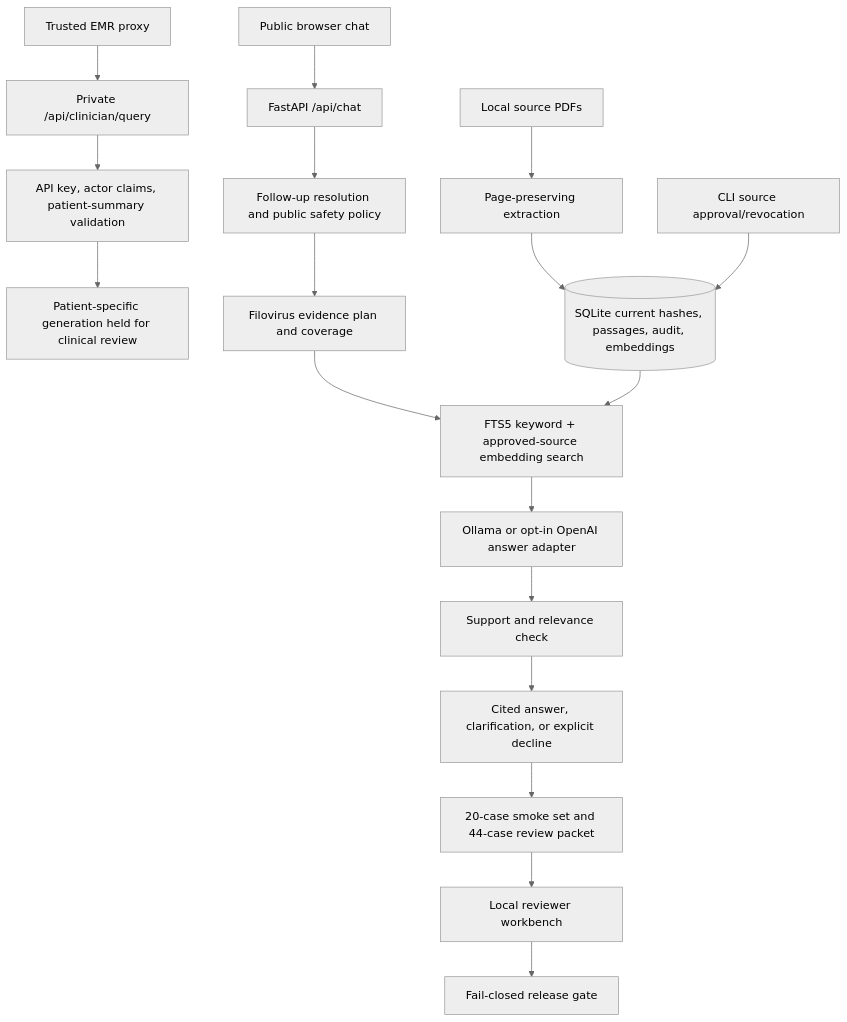
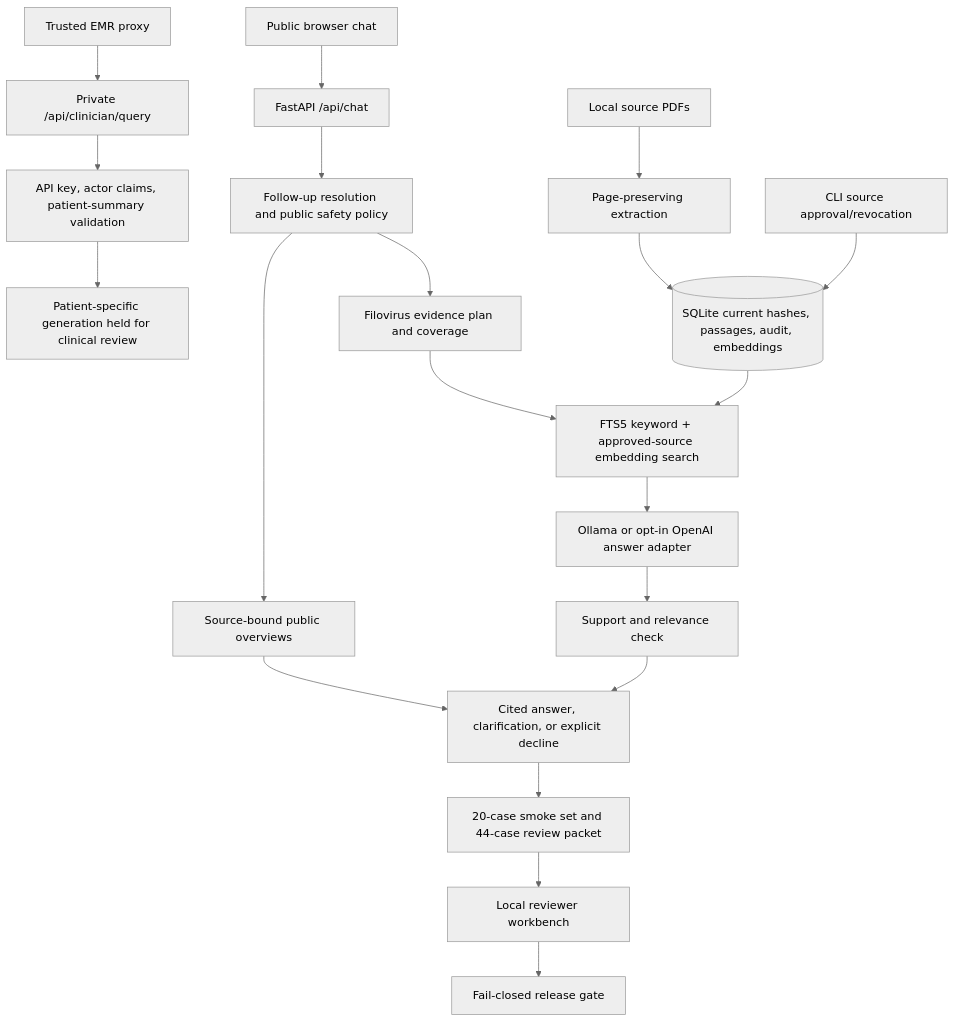
One commit to kmuthusi/afya-msaada changed the diagram in docs/architecture.md. Above: the diagram before and after it, drawn with Mermaid (neutral theme). The commit also changed other lines of this file and 9 other files, not shown here.

````diff
--- a/docs/architecture.md
+++ b/docs/architecture.md
@@ -5,20 +5,22 @@
 ```mermaid
 flowchart TB
   Public[Public browser chat] --> API[FastAPI /api/chat]
   EMR[Trusted EMR proxy] --> Private[Private /api/clinician/query]
   Private --> Auth[API key, actor claims, patient-summary validation]
   Auth --> Hold[Patient-specific generation held for clinical review]
   API --> Guard[Follow-up resolution and public safety policy]
+  Guard --> Summary[Source-bound public overviews]
+  Summary --> Output
   Guard --> Plan[Filovirus evidence plan and coverage]
   Plan --> Retrieve[FTS5 keyword + approved-source embedding search]
   Retrieve --> Draft[Ollama or opt-in OpenAI answer adapter]
   Draft --> Verify[Support and relevance check]
   Verify --> Output[Cited answer, clarification, or explicit decline]
   PDFs[Local source PDFs] --> Processor[Page-preserving extraction]
   Processor --> Registry[(SQLite current hashes, passages, audit, embeddings)]
   Review[CLI source approval/revocation] --> Registry
   Registry --> Retrieve
   Output --> Eval[20-case smoke set and 44-case review packet]
   Eval --> Workbench[Local reviewer workbench]
   Workbench --> Gate[Fail-closed release gate]
 ```
````
